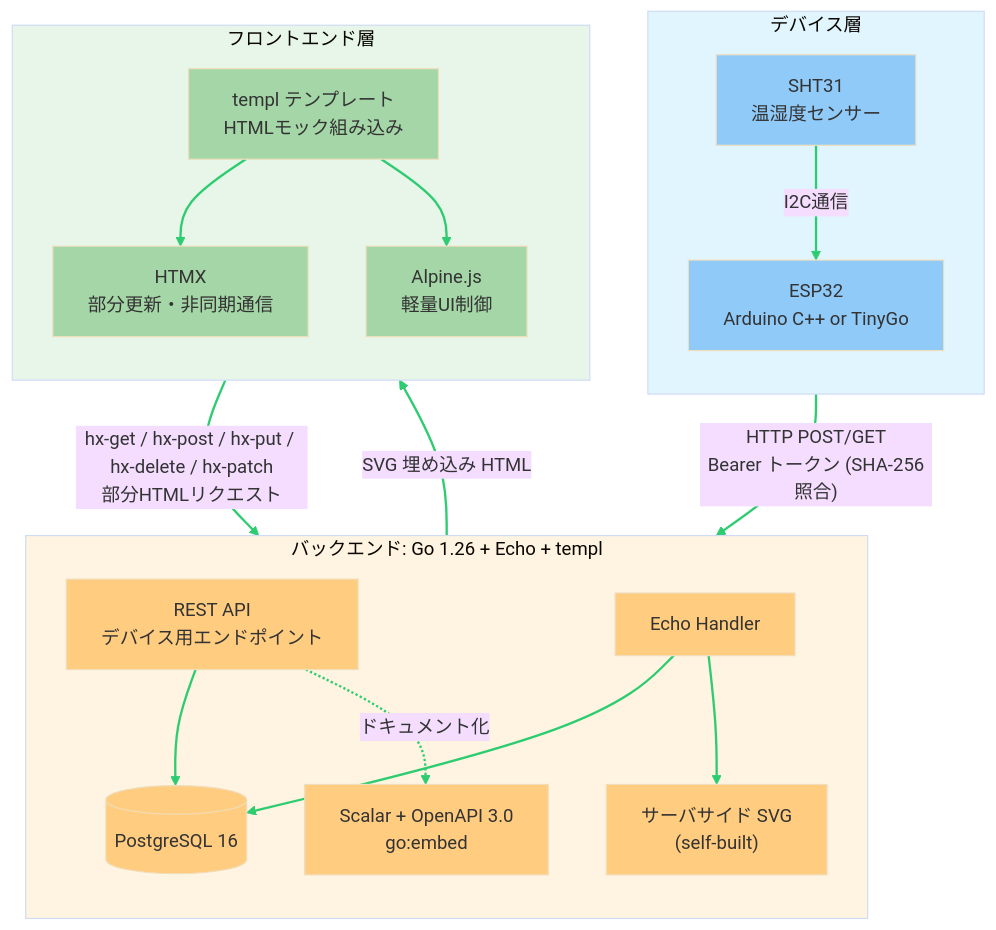
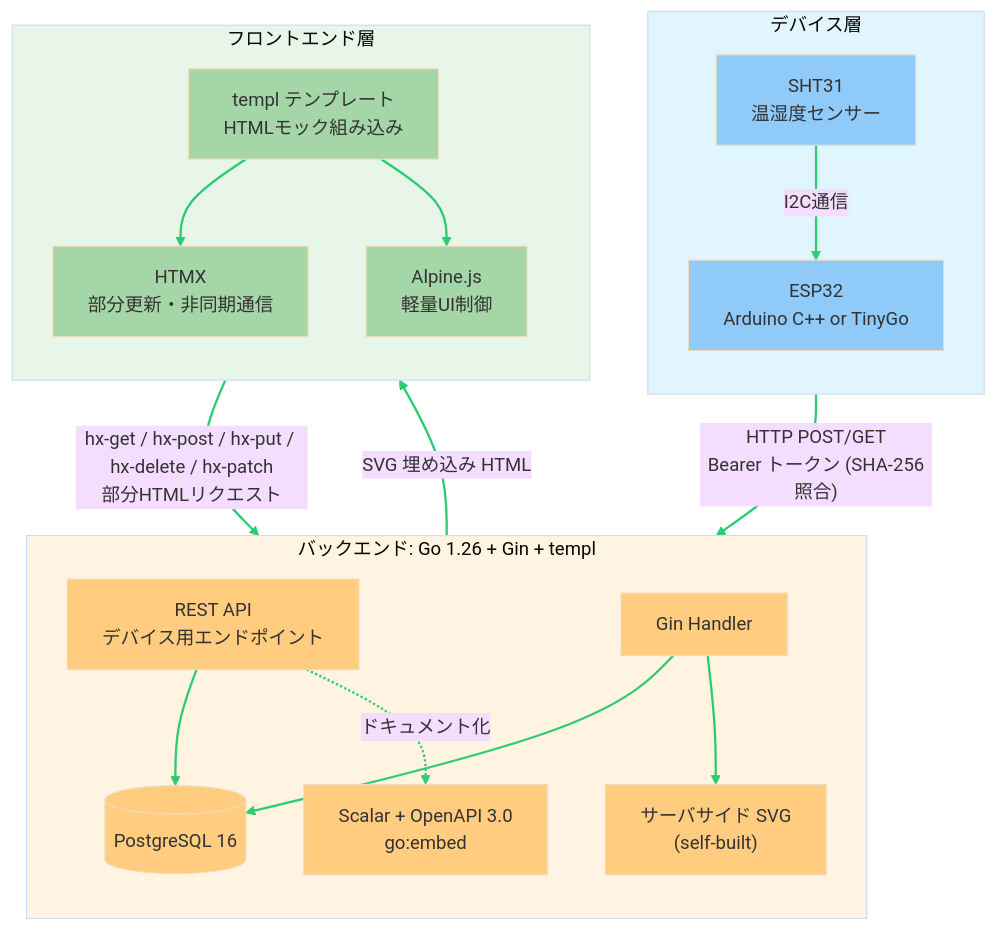
The diagram in 2cc_sdd/システム構成図.md (HiroshiKawano/go_iot), drawn with Mermaid (base theme) before and after one commit. The commit also changed other lines of this file and 12 other files, not shown here.

````diff
--- a/2cc_sdd/システム構成図.md
+++ b/2cc_sdd/システム構成図.md
@@ -35,51 +35,51 @@
 ```mermaid
 graph TB
     subgraph Device["デバイス層"]
         direction TB
         SHT["SHT31<br/>温湿度センサー"]
         ESP["ESP32<br/>Arduino C++ or TinyGo"]
         SHT -->|I2C通信| ESP
     end
 
-    subgraph Backend["バックエンド: Go 1.26 + Echo + templ"]
+    subgraph Backend["バックエンド: Go 1.26 + Gin + templ"]
         direction TB
         API["REST API<br/>デバイス用エンドポイント"]
-        HDLR["Echo Handler"]
+        HDLR["Gin Handler"]
         SCALAR["Scalar + OpenAPI 3.0<br/>go:embed"]
         CHART["サーバサイド SVG<br/>(self-built)"]
         DB[(PostgreSQL 16)]
         API --> DB
         HDLR --> DB
         HDLR --> CHART
         API -.ドキュメント化.-> SCALAR
     end
 
     subgraph Frontend["フロントエンド層"]
         direction TB
         TEMPL["templ テンプレート<br/>HTMLモック組み込み"]
         HTMX["HTMX<br/>部分更新・非同期通信"]
         ALPINE["Alpine.js<br/>軽量UI制御"]
         TEMPL --> HTMX
         TEMPL --> ALPINE
     end
 
     ESP   -->|"HTTP POST/GET<br/>Bearer トークン (SHA-256照合)"| API
     CHART -->|"SVG 埋め込み HTML"| TEMPL
     HTMX  -->|"hx-get / hx-post / hx-put / hx-delete / hx-patch<br/>部分HTMLリクエスト"| HDLR
 
     style Device fill:#e1f5ff
     style Backend fill:#fff4e1
     style Frontend fill:#e8f5e9
     style ESP fill:#90caf9
     style SHT fill:#90caf9
     style API fill:#ffcc80
     style HDLR fill:#ffcc80
     style DB fill:#ffcc80
     style CHART fill:#ffcc80
     style SCALAR fill:#ffcc80
     style TEMPL fill:#a5d6a7
     style HTMX fill:#a5d6a7
     style ALPINE fill:#a5d6a7
 
     linkStyle 0,1,2,3,4,5,6,7,8,9 stroke:#2ecc71,stroke-width:2px
 ```
````
